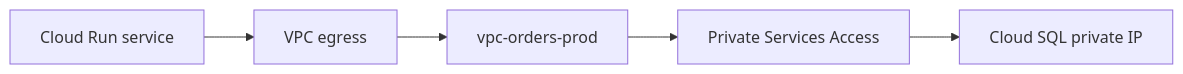
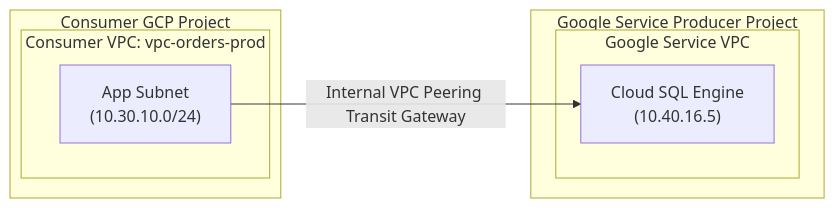
The first of 2 diagrams in cloud-providers/gcp/networking-connectivity/private-access.md (senlinyy/dev-roadmaps), drawn with Mermaid before and after one commit. The commit also changed other lines of this file and 530 other files, not shown here.

````diff
--- a/cloud-providers/gcp/networking-connectivity/private-access.md
+++ b/cloud-providers/gcp/networking-connectivity/private-access.md
@@ -60,7 +50,16 @@
 ```mermaid
 flowchart LR
-    Run["Cloud Run service"] --> Egress["VPC egress"]
-    Egress --> VPC["vpc-orders-prod"]
-    VPC --> PSA["Private Services Access"]
-    PSA --> SQL["Cloud SQL private IP"]
+    subgraph ConsumerProject["Consumer GCP Project"]
+        subgraph ConsumerVPC["Consumer VPC: vpc-orders-prod"]
+            AppSubnet["App Subnet<br/>(10.30.10.0/24)"]
+        end
+    end
+
+    subgraph ProducerProject["Google Service Producer Project"]
+        subgraph ProducerVPC["Google Service VPC"]
+            DBNode["Cloud SQL Engine<br/>(10.40.16.5)"]
+        end
+    end
+
+    AppSubnet -->|Internal VPC Peering Transit Gateway| DBNode
 ```
````
